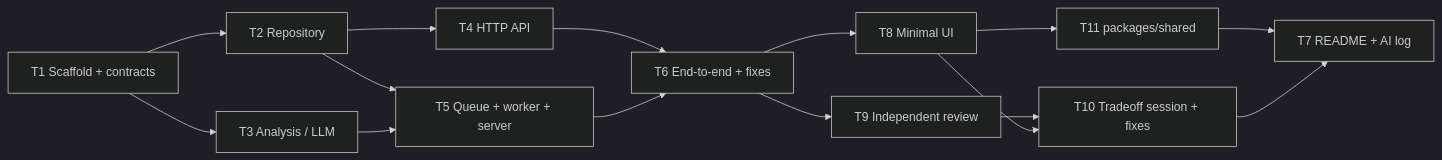
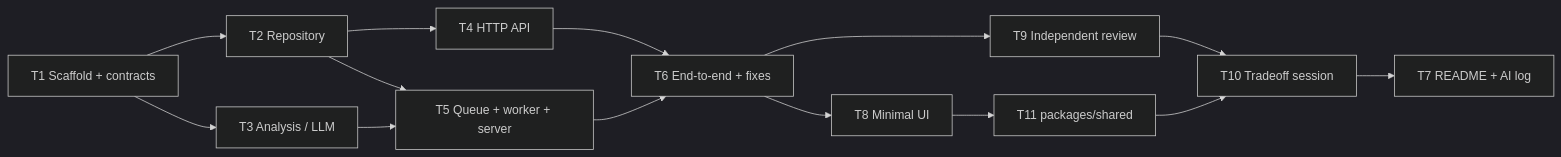
Before and after one commit to maormagori/fusion-home-task: the diagram in docs/tasks/README.md, drawn with Mermaid (dark theme). The commit also changed other lines of this file and 1 other file, not shown here.

Commit message:
Hold the tradeoff session until the full working version is merged

````diff
--- a/docs/tasks/README.md
+++ b/docs/tasks/README.md
@@ -6,17 +6,16 @@
 ```mermaid
 flowchart LR
     T1[T1 Scaffold + contracts] --> T2[T2 Repository]
     T1 --> T3[T3 Analysis / LLM]
     T2 --> T4[T4 HTTP API]
     T2 --> T5[T5 Queue + worker + server]
     T3 --> T5
     T4 --> T6[T6 End-to-end + fixes]
     T5 --> T6
     T6 --> T8[T8 Minimal UI]
     T6 --> T9[T9 Independent review]
-    T9 --> T10[T10 Tradeoff session + fixes]
-    T8 --> T10
+    T9 --> T10[T10 Tradeoff session]
+    T11 --> T10
     T8 --> T11[T11 packages/shared]
-    T11 --> T7
     T10 --> T7[T7 README + AI log]
 ```
````
